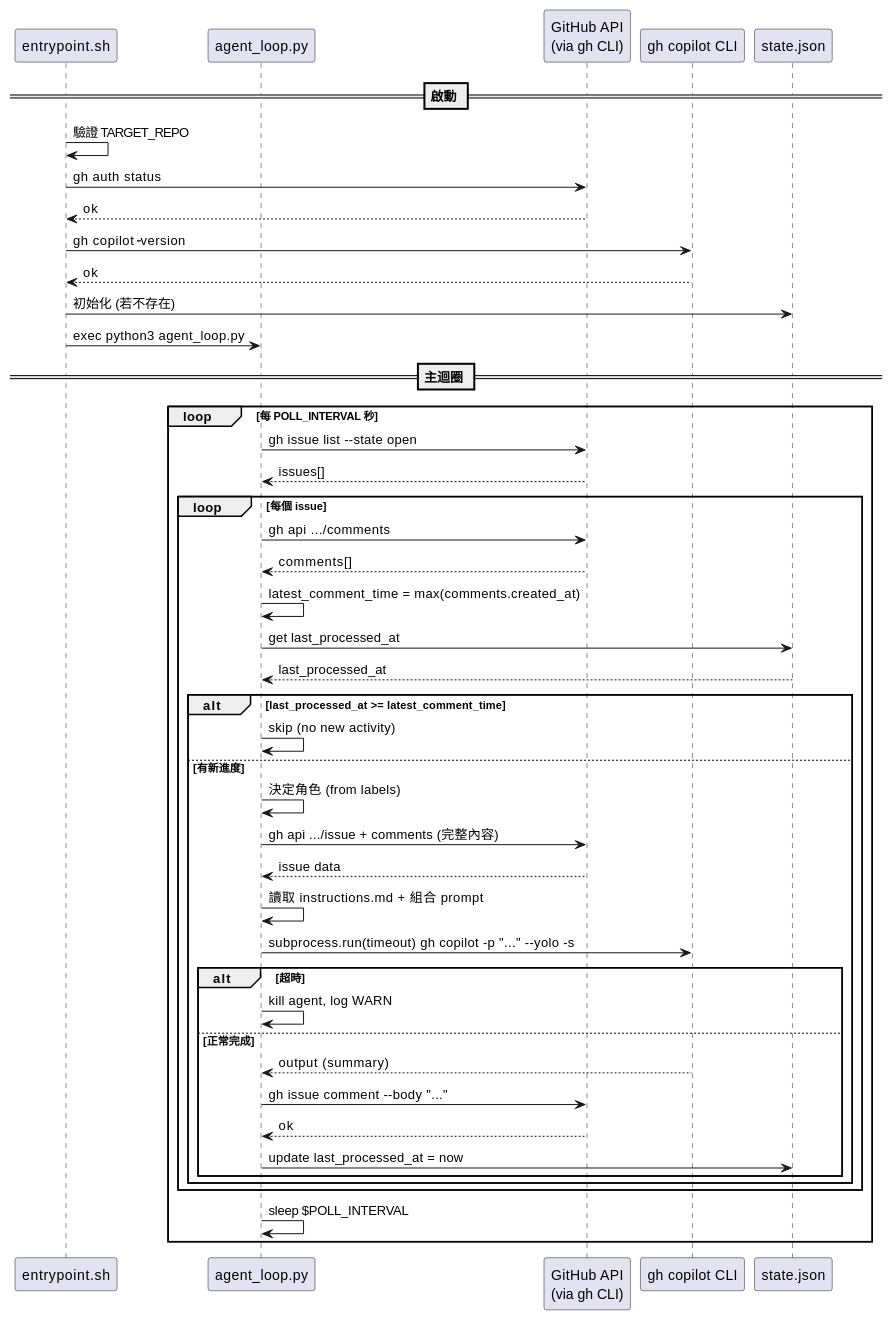
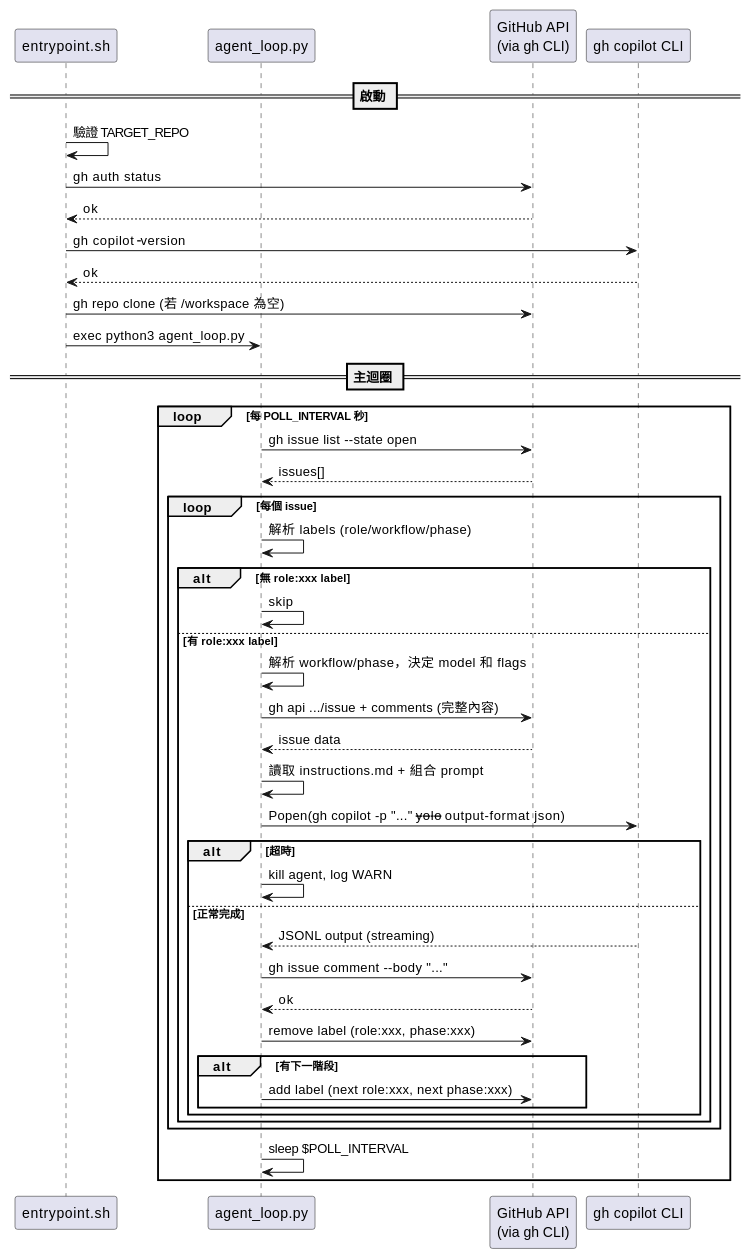
One commit to FATESAIKOU/LearnGhAgent changed the diagram in docs/03-basic-design.md. Above: the diagram before and after it, drawn with PlantUML. The commit also changed other lines of this file and 4 other files, not shown here.

````diff
--- a/docs/03-basic-design.md
+++ b/docs/03-basic-design.md
@@ -524,56 +400,54 @@
 ```plantuml
 @startuml
 skinparam defaultFontName sans-serif
 
 participant "entrypoint.sh" as EP
 participant "agent_loop.py" as AL
 participant "GitHub API\n(via gh CLI)" as GH
 participant "gh copilot CLI" as Agent
-participant "state.json" as State
 
 == 啟動 ==
 EP -> EP : 驗證 TARGET_REPO
 EP -> GH : gh auth status
 GH --> EP : ok
 EP -> Agent : gh copilot -- --version
 Agent --> EP : ok
-EP -> State : 初始化 (若不存在)
+EP -> GH : gh repo clone (若 /workspace 為空)
 EP -> AL : exec python3 agent_loop.py
 
 == 主迴圈 ==
 loop 每 POLL_INTERVAL 秒
     AL -> GH : gh issue list --state open
     GH --> AL : issues[]
     
     loop 每個 issue
-        AL -> GH : gh api .../comments
-        GH --> AL : comments[]
-        AL -> AL : latest_comment_time = max(comments.created_at)
-        AL -> State : get last_processed_at
-        State --> AL : last_processed_at
+        AL -> AL : 解析 labels (role/workflow/phase)
         
-        alt last_processed_at >= latest_comment_time
-            AL -> AL : skip (no new activity)
-        else 有新進度
-            AL -> AL : 決定角色 (from labels)
+        alt 無 role:xxx label
+            AL -> AL : skip
+        else 有 role:xxx label
+            AL -> AL : 解析 workflow/phase，決定 model 和 flags
             AL -> GH : gh api .../issue + comments (完整內容)
             GH --> AL : issue data
             AL -> AL : 讀取 instructions.md + 組合 prompt
-            AL -> Agent : subprocess.run(timeout) gh copilot -p "..." --yolo -s
+            AL -> Agent : Popen(gh copilot -p "..." --yolo --output-format json)
             
             alt 超時
                 AL -> AL : kill agent, log WARN
             else 正常完成
-                Agent --> AL : output (summary)
+                Agent --> AL : JSONL output (streaming)
                 AL -> GH : gh issue comment --body "..."
                 GH --> AL : ok
-                AL -> State : update last_processed_at = now
+                AL -> GH : remove label (role:xxx, phase:xxx)
+                alt 有下一階段
+                    AL -> GH : add label (next role:xxx, next phase:xxx)
+                end
             end
         end
     end
     
     AL -> AL : sleep $POLL_INTERVAL
 end
 
 @enduml
 ```
````
